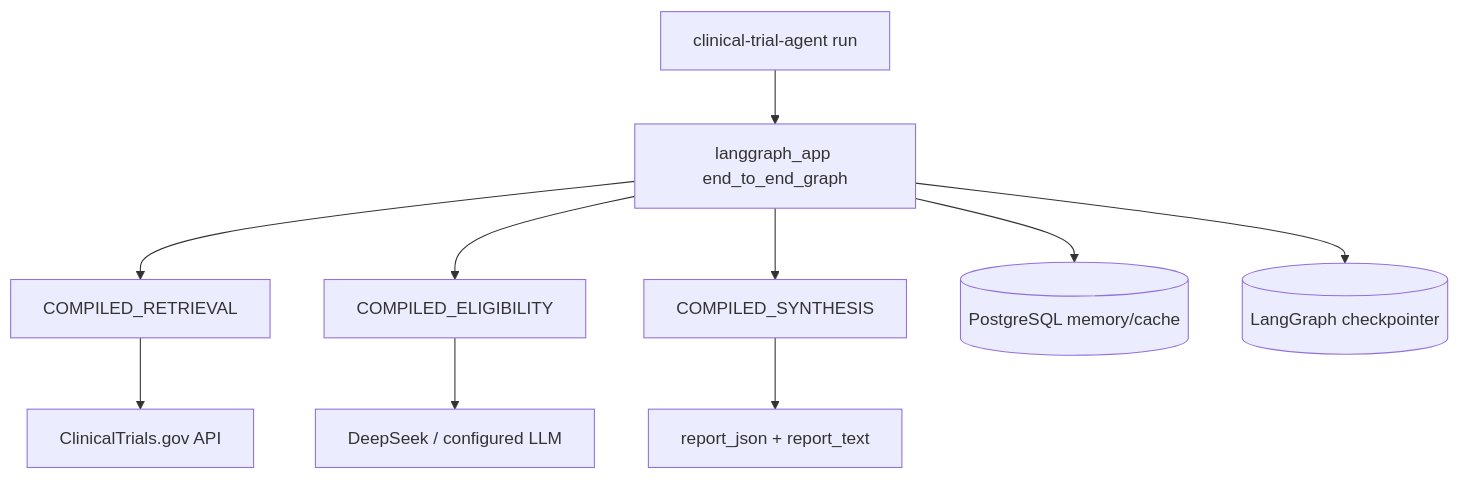
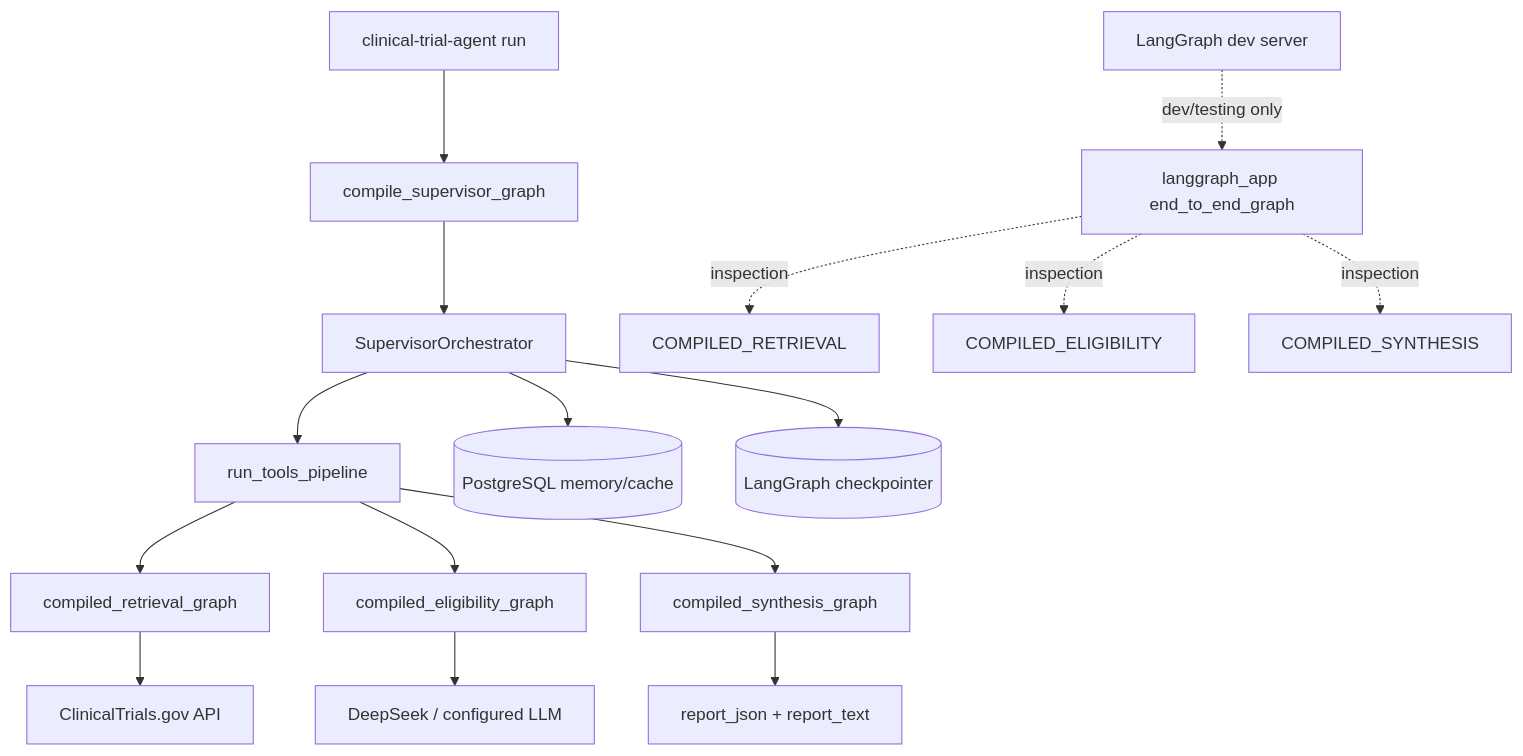
The diagram in docs/architecture.mermaid (Chrisolande/clinical_trial_agent), drawn with Mermaid before and after one commit. The commit also changed 3 other files, not shown here.

```diff
--- a/docs/architecture.mermaid
+++ b/docs/architecture.mermaid
@@ -1,12 +1,19 @@
 flowchart TD
-    CLI[clinical-trial-agent run] --> SUP[langgraph_app end_to_end_graph]
-    SUP --> RET[COMPILED_RETRIEVAL]
-    SUP --> ELI[COMPILED_ELIGIBILITY]
-    SUP --> SYN[COMPILED_SYNTHESIS]
+    CLI[clinical-trial-agent run] --> CSG[compile_supervisor_graph]
+    CSG --> SUP[SupervisorOrchestrator]
+    SUP --> PIPE[run_tools_pipeline]
+    PIPE --> RET[compiled_retrieval_graph]
+    PIPE --> ELI[compiled_eligibility_graph]
+    PIPE --> SYN[compiled_synthesis_graph]
 
     RET --> CT[ClinicalTrials.gov API]
     ELI --> LLM[DeepSeek / configured LLM]
     SYN --> REPORT[report_json + report_text]
 
     SUP --> MEM[(PostgreSQL memory/cache)]
     SUP --> CHK[(LangGraph checkpointer)]
+
+    LGDEV[LangGraph dev server] -. dev/testing only .-> E2E[langgraph_app end_to_end_graph]
+    E2E -. inspection .-> DEVRET[COMPILED_RETRIEVAL]
+    E2E -. inspection .-> DEVELI[COMPILED_ELIGIBILITY]
+    E2E -. inspection .-> DEVSYN[COMPILED_SYNTHESIS]
```
